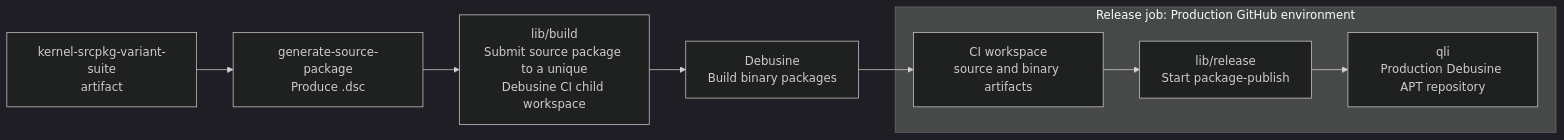
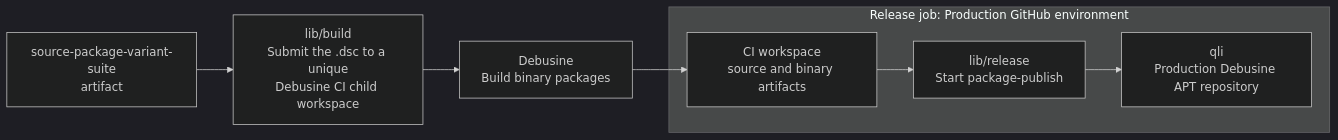
The fifth of 6 diagrams in README.md (qualcomm-linux/pkg-linux-qcom), drawn with Mermaid (dark theme) before and after one commit. The commit also changed other lines of this file, not shown here.

First line of the commit message:
docs: describe the source-package build path

````diff
--- a/README.md
+++ b/README.md
@@ -367,12 +372,11 @@
 ```mermaid
 flowchart LR
-    ART["kernel-srcpkg-variant-suite\nartifact"] --> GSP["generate-source-package\nProduce .dsc"]
-    GSP --> SUBMIT["lib/build\nSubmit source package to a unique\nDebusine CI child workspace"]
+    ART["source-package-variant-suite\nartifact"] --> SUBMIT["lib/build\nSubmit the .dsc to a unique\nDebusine CI child workspace"]
     SUBMIT --> DEB["Debusine\nBuild binary packages"]
     DEB --> WS["CI workspace\nsource and binary artifacts"]
 
     subgraph release[Release job: Production GitHub environment]
         WS --> PROMOTE["lib/release\nStart package-publish"]
         PROMOTE --> QLI["qli\nProduction Debusine APT repository"]
     end
 ```
````
